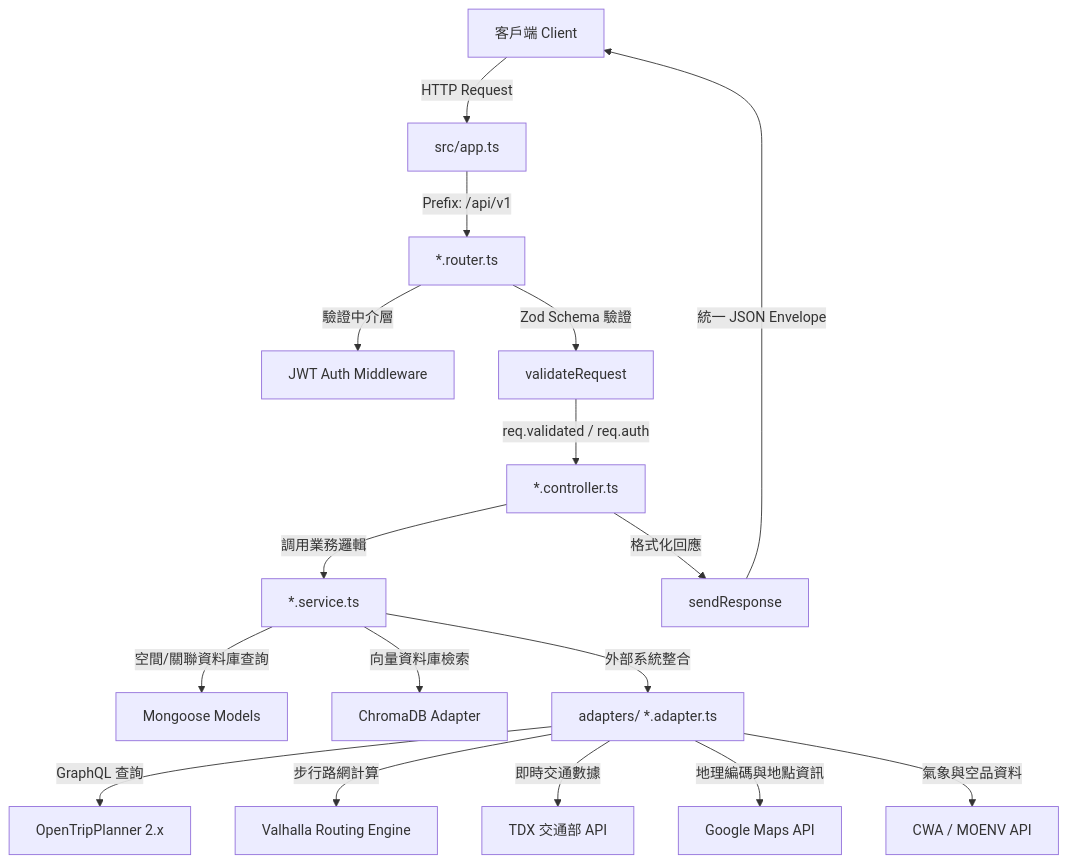
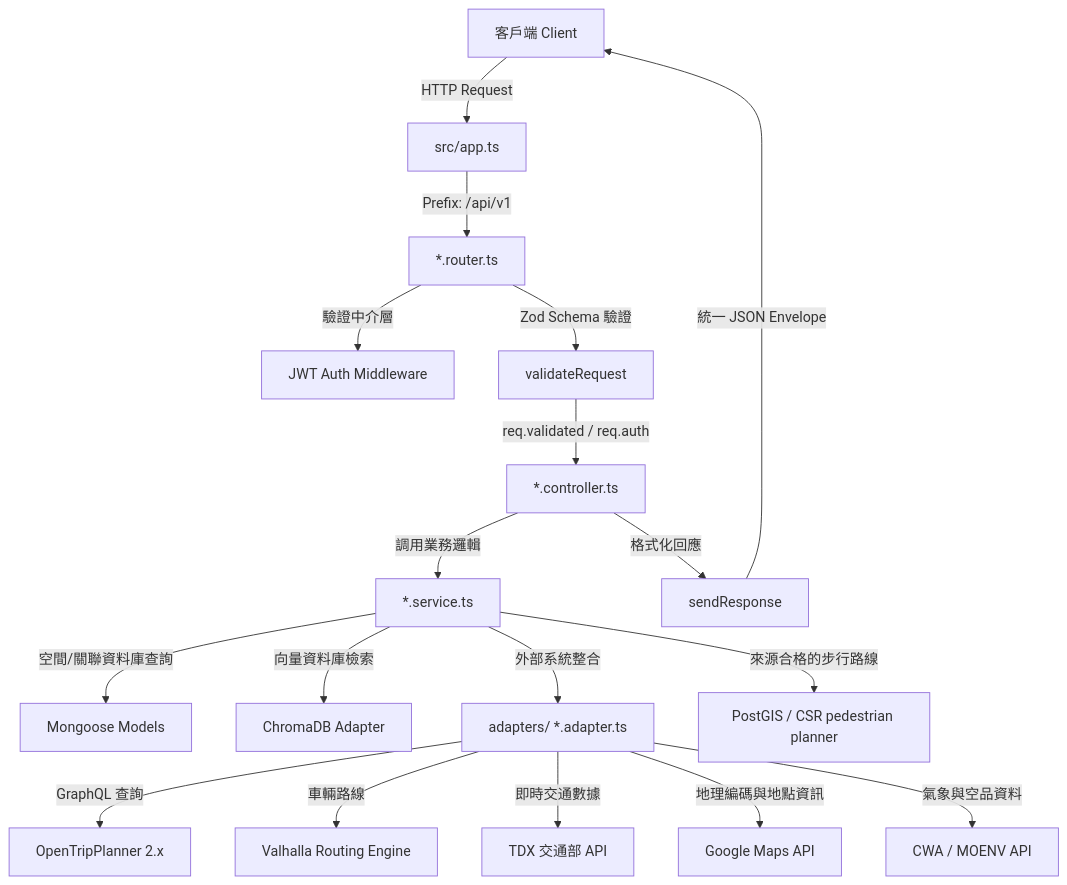
One commit to yuzen9622/accessible-smart-map-backend changed the diagram in README.md. Above: the diagram before and after it, drawn with Mermaid. The commit also changed other lines of this file and 4 other files, not shown here.

````diff
--- a/README.md
+++ b/README.md
@@ -103,19 +103,20 @@
 ```mermaid
 graph TD
   Client[客戶端 Client] -->|HTTP Request| App[src/app.ts]
   App -->|Prefix: /api/v1| Router[*.router.ts]
   Router -->|驗證中介層| Auth[JWT Auth Middleware]
   Router -->|Zod Schema 驗證| Validate[validateRequest]
   Validate -->|req.validated / req.auth| Controller[*.controller.ts]
   Controller -->|調用業務邏輯| Service[*.service.ts]
   Service -->|空間/關聯資料庫查詢| Model[Mongoose Models]
   Service -->|向量資料庫檢索| Chroma[ChromaDB Adapter]
   Service -->|外部系統整合| Adapter[adapters/ *.adapter.ts]
   Adapter -->|GraphQL 查詢| OTP[OpenTripPlanner 2.x]
-  Adapter -->|步行路網計算| Valhalla[Valhalla Routing Engine]
+  Adapter -->|車輛路線| Valhalla[Valhalla Routing Engine]
+  Service -->|來源合格的步行路線| PedestrianCSR[PostGIS / CSR pedestrian planner]
   Adapter -->|即時交通數據| TDX[TDX 交通部 API]
   Adapter -->|地理編碼與地點資訊| Google[Google Maps API]
   Adapter -->|氣象與空品資料| Sensors[CWA / MOENV API]
   Controller -->|格式化回應| SendResponse[sendResponse]
   SendResponse -->|統一 JSON Envelope| Client
 ```
````
